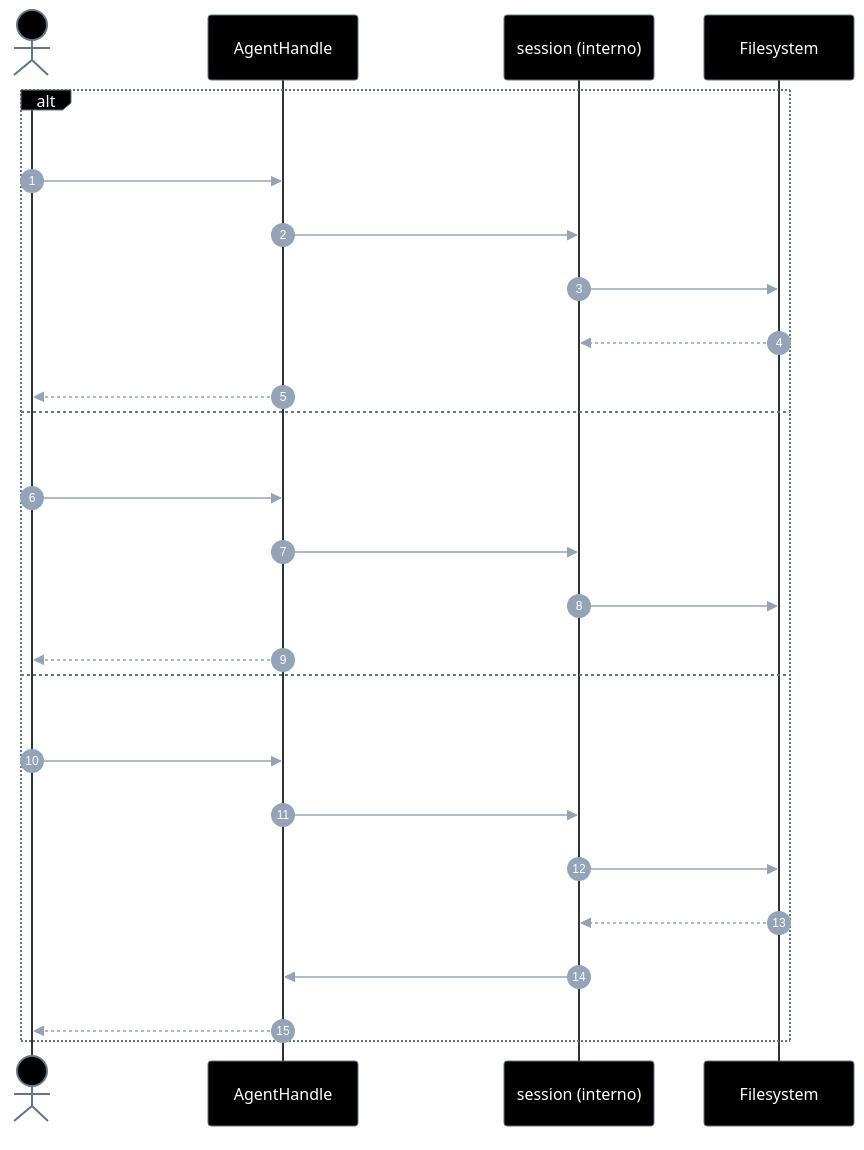
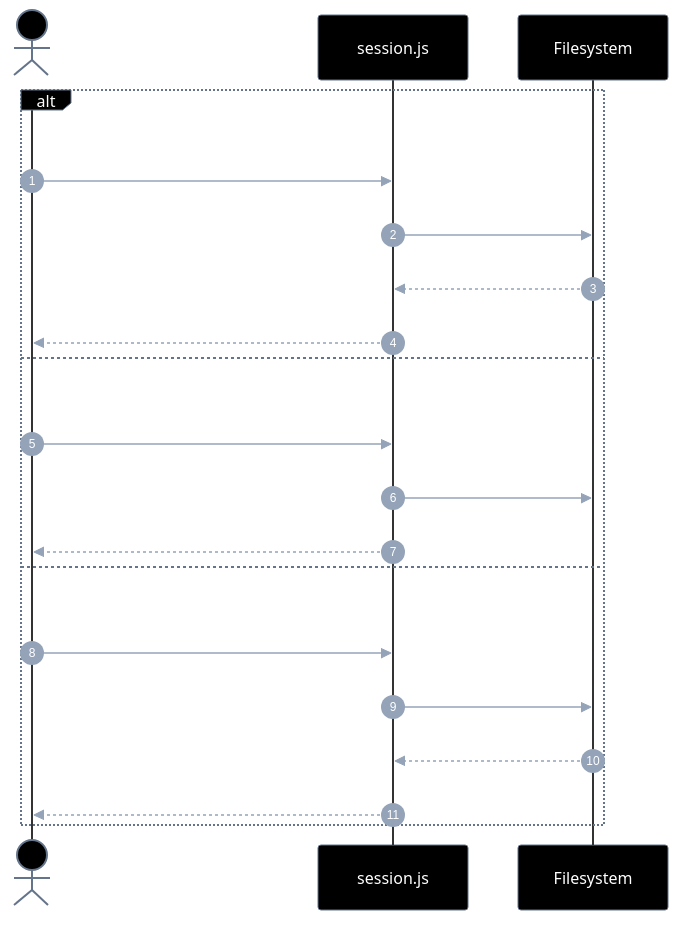
The first of 2 diagrams in screen-robot/implementation-plan/EP-06-sessao.md (laerciogermano/workstation), drawn with Mermaid before and after one commit. The commit also changed other lines of this file and 49 other files, not shown here.

````diff
--- a/screen-robot/implementation-plan/EP-06-sessao.md
+++ b/screen-robot/implementation-plan/EP-06-sessao.md
@@ -94,68 +92,63 @@
 ```mermaid
 ---
 config:
   theme: base
   themeVariables:
     darkMode: true
     background: '#000000'
     primaryColor: '#000000'
     primaryTextColor: '#ffffff'
     primaryBorderColor: '#64748b'
     secondaryColor: '#000000'
     secondaryTextColor: '#ffffff'
     secondaryBorderColor: '#64748b'
     tertiaryColor: '#000000'
     tertiaryTextColor: '#ffffff'
     tertiaryBorderColor: '#64748b'
     lineColor: '#64748b'
     textColor: '#ffffff'
     mainBkg: '#000000'
     nodeBorder: '#64748b'
     clusterBkg: '#000000'
     clusterBorder: '#333333'
     titleColor: '#ffffff'
     edgeLabelBackground: '#000000'
     actorBkg: '#000000'
     actorBorder: '#64748b'
     actorTextColor: '#ffffff'
     actorLineColor: '#333333'
     signalColor: '#94a3b8'
     signalTextColor: '#ffffff'
     labelBoxBkgColor: '#000000'
     labelBoxBorderColor: '#64748b'
     labelTextColor: '#ffffff'
     noteBorderColor: '#64748b'
     noteBkgColor: '#111111'
     noteTextColor: '#ffffff'
     activationBorderColor: '#64748b'
     activationBkgColor: '#1a1a1a'
     sequenceNumberColor: '#ffffff'
     classText: '#ffffff'
 ---
 sequenceDiagram
   autonumber
   actor Dev as Caller
-  participant H as AgentHandle
-  participant S as session (interno)
+  participant S as session.js
   participant FS as Filesystem
 
   alt US-17 save
-    Dev->>H: saveSession(path, state)
-    H->>S: merge serial + state + savedAt
+    Dev->>S: saveSession({ serial, kind, path, state })
     S->>FS: write JSON
     FS-->>S: ok
-    H-->>Dev: path
+    S-->>Dev: path
   else US-18 remove
-    Dev->>H: removeSession(path)
-    H->>S: unlink
+    Dev->>S: removeSession({ path })
     S->>FS: delete
-    H-->>Dev: removed
+    S-->>Dev: removed
   else US-19 restore
-    Dev->>H: restoreSession(path)
-    H->>S: read JSON
+    Dev->>S: restoreSession({ path })
     S->>FS: read
     FS-->>S: payload
-    S->>H: reaplicar contexto
-    H-->>Dev: SessionState
+    S-->>Dev: SessionState
   end
 ```
````
